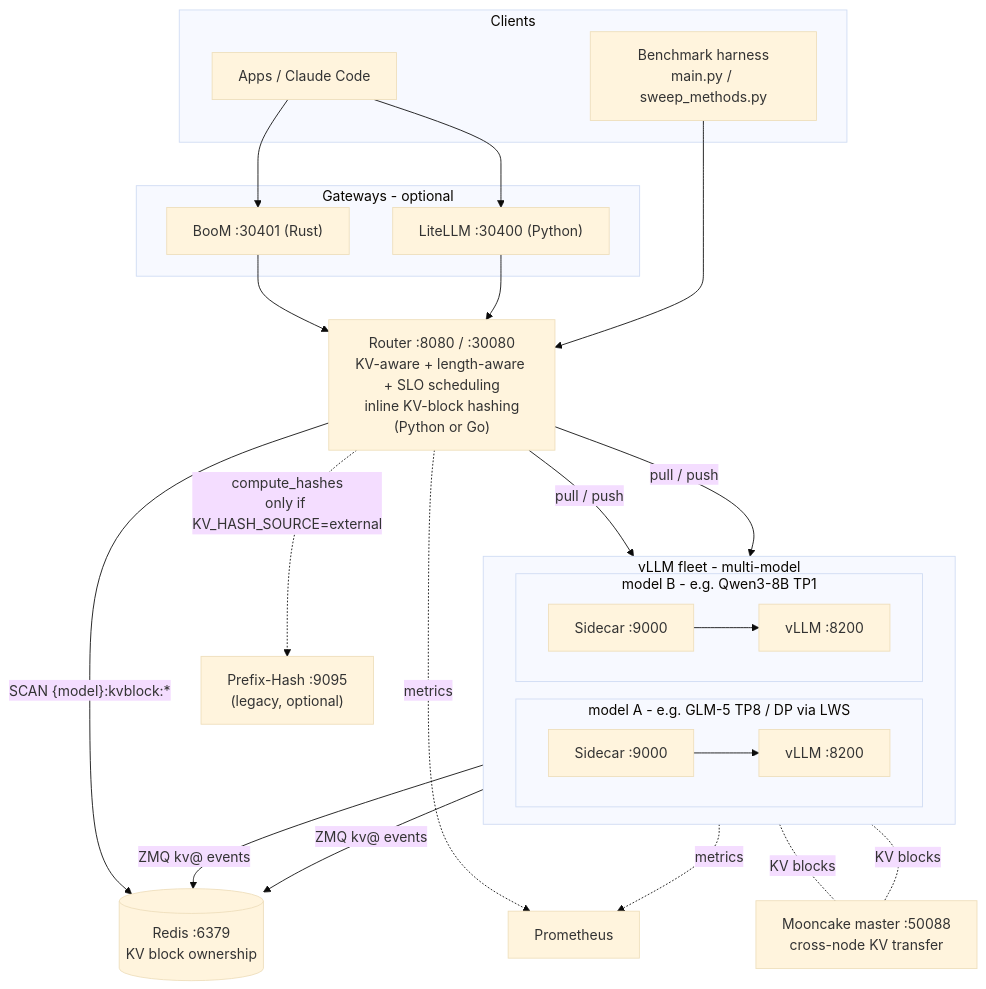
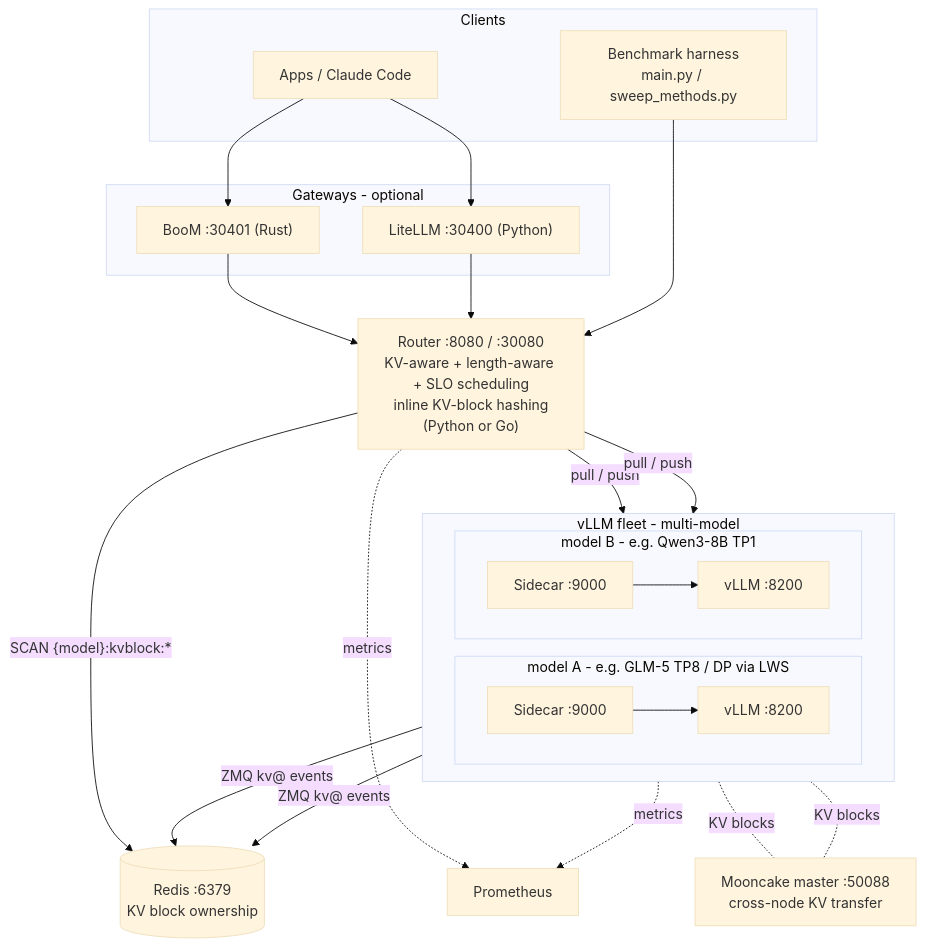
One commit to immengzi/LLM-LA changed the diagram in README.md. Above: the diagram before and after it, drawn with Mermaid (base theme). The commit also changed 1 other file, not shown here.

Commit message:
docs: drop legacy external hasher from architecture figures
Show only the local/inline KV-block hashing path in the README and overview
diagrams. The external (KV_HASH_SOURCE=external) mode remains documented in
prose, but is no longer drawn in the figures.

````diff
--- a/README.md
+++ b/README.md
@@ -24,43 +24,41 @@
 ```mermaid
 flowchart TB
   subgraph clients [Clients]
     Bench["Benchmark harness<br/>main.py / sweep_methods.py"]
     App["Apps / Claude Code"]
   end
 
   subgraph gw [Gateways - optional]
     BooM["BooM :30401 (Rust)"]
     LiteLLM["LiteLLM :30400 (Python)"]
   end
 
   Router["Router :8080 / :30080<br/>KV-aware + length-aware + SLO scheduling<br/>inline KV-block hashing<br/>(Python or Go)"]
-  Hash["Prefix-Hash :9095<br/>(legacy, optional)"]
   Redis[("Redis :6379<br/>KV block ownership")]
   Prom["Prometheus"]
 
   subgraph serving [vLLM fleet - multi-model]
     direction LR
     subgraph mA [model A - e.g. GLM-5 TP8 / DP via LWS]
       SA["Sidecar :9000"] --> VA["vLLM :8200"]
     end
     subgraph mB [model B - e.g. Qwen3-8B TP1]
       SB["Sidecar :9000"] --> VB["vLLM :8200"]
     end
   end
 
   Mooncake["Mooncake master :50088<br/>cross-node KV transfer"]
 
   App --> BooM --> Router
   App --> LiteLLM --> Router
   Bench --> Router
-  Router -. "compute_hashes<br/>only if KV_HASH_SOURCE=external" .-> Hash
   Router -->|"pull / push"| SA
   Router -->|"pull / push"| SB
   Router -->|"SCAN {model}:kvblock:*"| Redis
   SA -->|"ZMQ kv@ events"| Redis
   SB -->|"ZMQ kv@ events"| Redis
   VA -. KV blocks .- Mooncake
   VB -. KV blocks .- Mooncake
   Router -.->|metrics| Prom
   SA -.->|metrics| Prom
 ```
````
